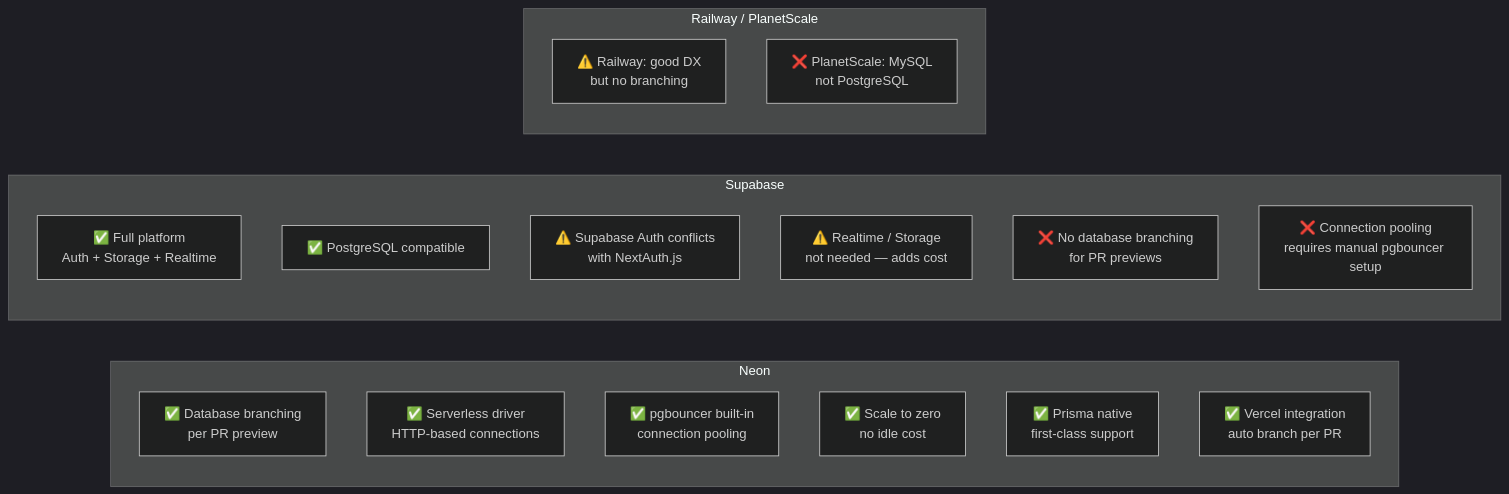
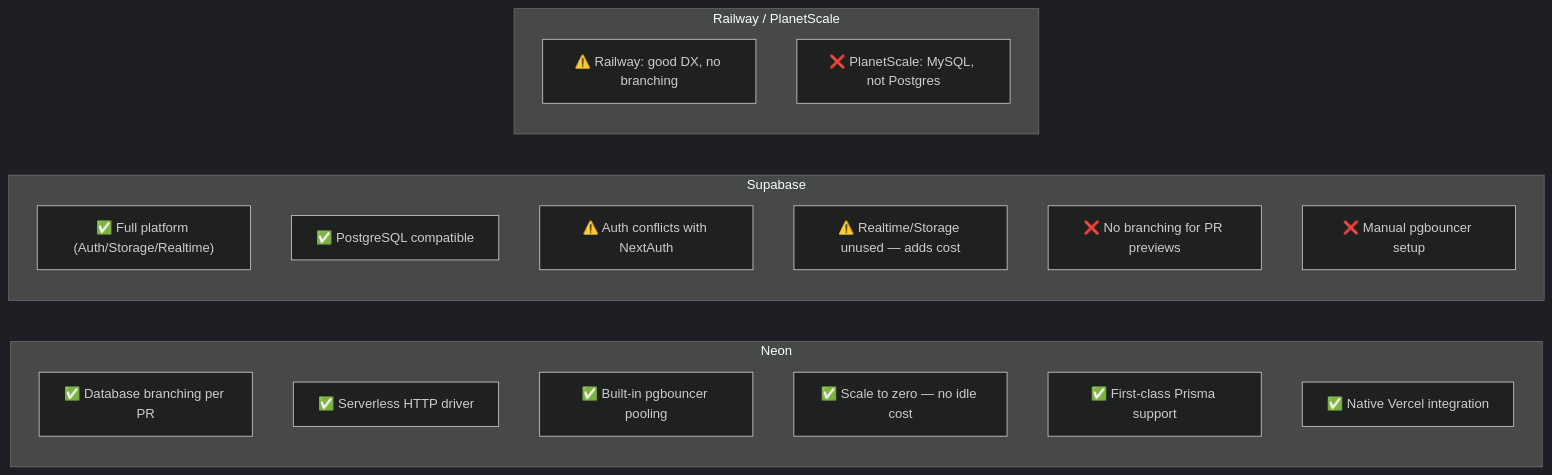
The diagram in docs/adr/003-neon-over-supabase.md (KSDRILL-SA/Xkimi-Xa-Mali), drawn with Mermaid (dark theme) before and after one commit. The commit also changed 10 other files, not shown here.

````diff
--- a/docs/adr/003-neon-over-supabase.md
+++ b/docs/adr/003-neon-over-supabase.md
@@ -30,25 +30,23 @@
 ```mermaid
 flowchart LR
     subgraph NEON["Neon"]
-        N1["✅ Database branching\nper PR preview"]
-        N2["✅ Serverless driver\nHTTP-based connections"]
-        N3["✅ pgbouncer built-in\nconnection pooling"]
-        N4["✅ Scale to zero\nno idle cost"]
-        N5["✅ Prisma native\nfirst-class support"]
-        N6["✅ Vercel integration\nauto branch per PR"]
+        N1["✅ Database branching per PR"]
+        N2["✅ Serverless HTTP driver"]
+        N3["✅ Built-in pgbouncer pooling"]
+        N4["✅ Scale to zero — no idle cost"]
+        N5["✅ First-class Prisma support"]
+        N6["✅ Native Vercel integration"]
     end
-
     subgraph SUPABASE["Supabase"]
-        S1["✅ Full platform\nAuth + Storage + Realtime"]
+        S1["✅ Full platform (Auth/Storage/Realtime)"]
         S2["✅ PostgreSQL compatible"]
-        S3["⚠️ Supabase Auth conflicts\nwith NextAuth.js"]
-        S4["⚠️ Realtime / Storage\nnot needed — adds cost"]
-        S5["❌ No database branching\nfor PR previews"]
-        S6["❌ Connection pooling\nrequires manual pgbouncer setup"]
+        S3["⚠️ Auth conflicts with NextAuth"]
+        S4["⚠️ Realtime/Storage unused — adds cost"]
+        S5["❌ No branching for PR previews"]
+        S6["❌ Manual pgbouncer setup"]
     end
-
-    subgraph RAILWAY["Railway / PlanetScale"]
-        R1["⚠️ Railway: good DX\nbut no branching"]
-        R2["❌ PlanetScale: MySQL\nnot PostgreSQL"]
+    subgraph OTHER["Railway / PlanetScale"]
+        R1["⚠️ Railway: good DX, no branching"]
+        R2["❌ PlanetScale: MySQL, not Postgres"]
     end
 ```
````
